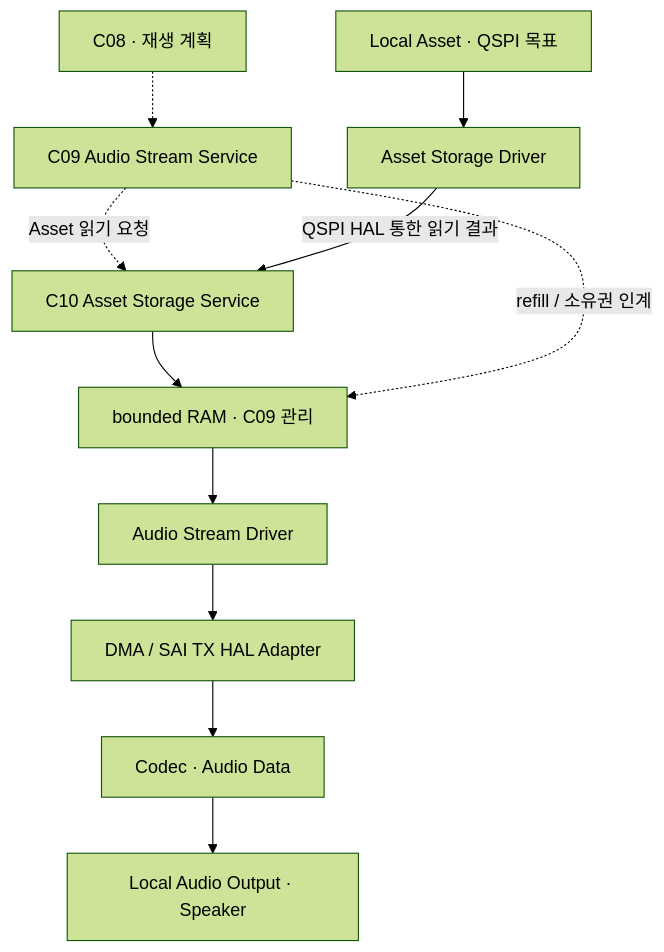
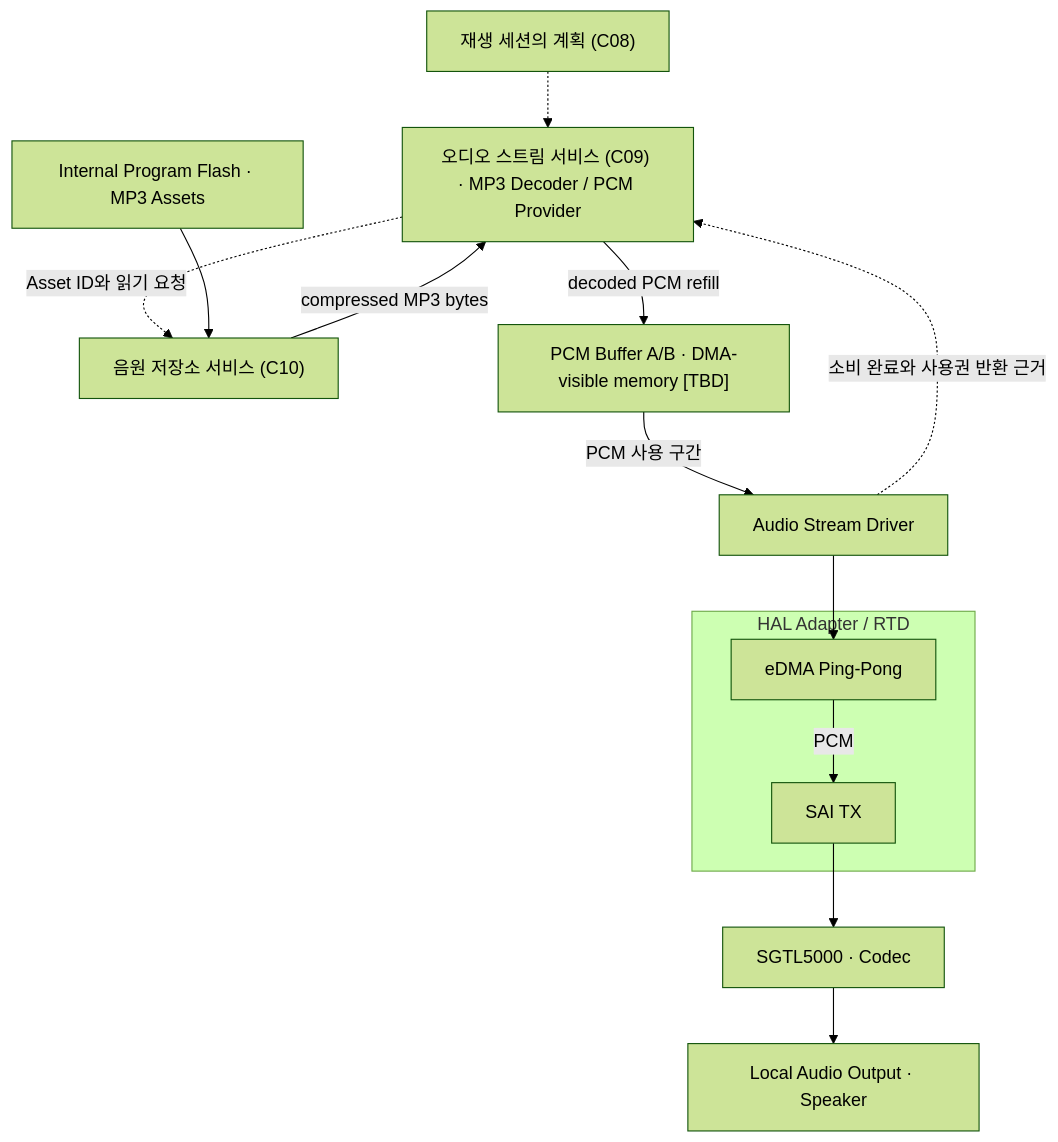
The sixth of 7 diagrams in docs/architecture/VSS_sw_architecture.md (vehicle-domain-control-system/integrated-vehicle-control), drawn with Mermaid (forest theme) before and after one commit. The commit also changed other lines of this file and 1 other file, not shown here.

````diff
--- a/docs/architecture/VSS_sw_architecture.md
+++ b/docs/architecture/VSS_sw_architecture.md
@@ -256,13 +236,16 @@
 ```mermaid
 flowchart TD
-    Session["C08 · 재생 계획"] -.-> Stream["C09 Audio Stream Service"]
-    Stream -.->|"Asset 읽기 요청"| Asset["C10 Asset Storage Service"]
-    Local["Local Asset · QSPI 목표"] --> StorageDriver["Asset Storage Driver"]
-    StorageDriver -->|"QSPI HAL 통한 읽기 결과"| Asset
-    Asset --> RAM["bounded RAM · C09 관리"]
-    Stream -.->|"refill / 소유권 인계"| RAM
-    RAM --> StreamDriver["Audio Stream Driver"]
-    StreamDriver --> HAL["DMA / SAI TX HAL Adapter"]
-    HAL --> Codec["Codec · Audio Data"]
+    Session["재생 세션의 계획 (C08)"] -.-> Stream["오디오 스트림 서비스 (C09) · MP3 Decoder / PCM Provider"]
+    Stream -.->|"Asset ID와 읽기 요청"| Asset["음원 저장소 서비스 (C10)"]
+    Local["Internal Program Flash · MP3 Assets"] --> Asset
+    Asset -->|"compressed MP3 bytes"| Stream
+    Stream -->|"decoded PCM refill"| RAM["PCM Buffer A/B · DMA-visible memory [TBD]"]
+    RAM -->|"PCM 사용 구간"| StreamDriver["Audio Stream Driver"]
+    StreamDriver --> DMA["eDMA Ping-Pong"]
+    subgraph HAL["HAL Adapter / RTD"]
+        DMA -->|"PCM"| SAI["SAI TX"]
+    end
+    SAI --> Codec["SGTL5000 · Codec"]
     Codec --> Speaker["Local Audio Output · Speaker"]
+    StreamDriver -.->|"소비 완료와 사용권 반환 근거"| Stream
 ```
````
